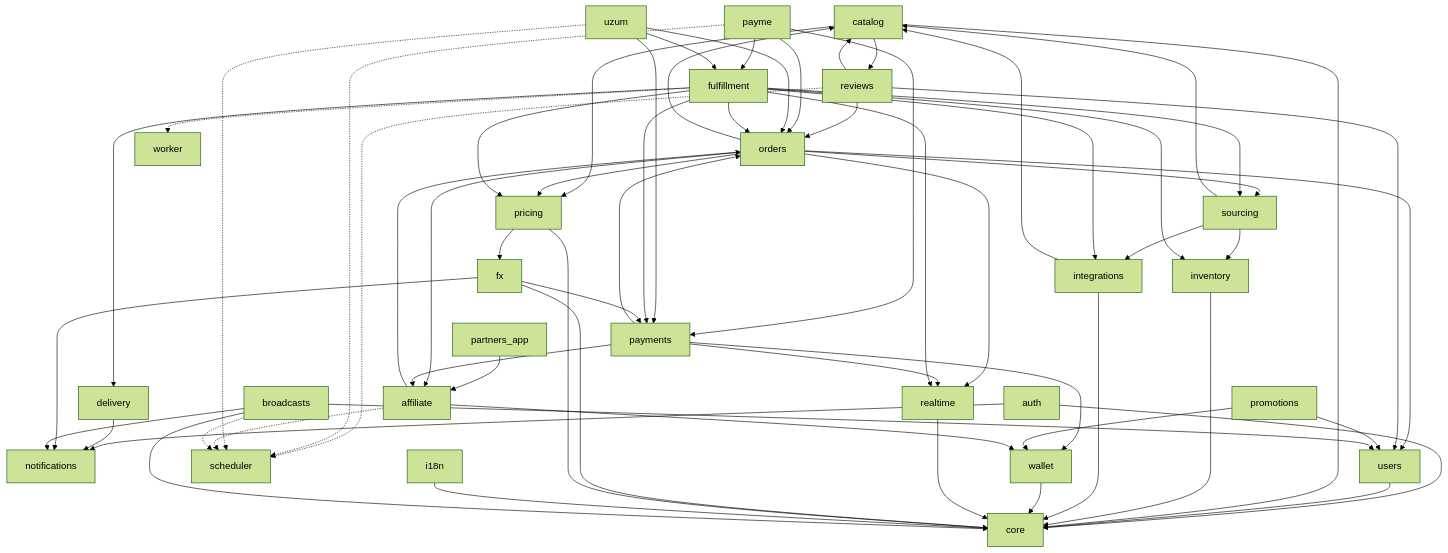
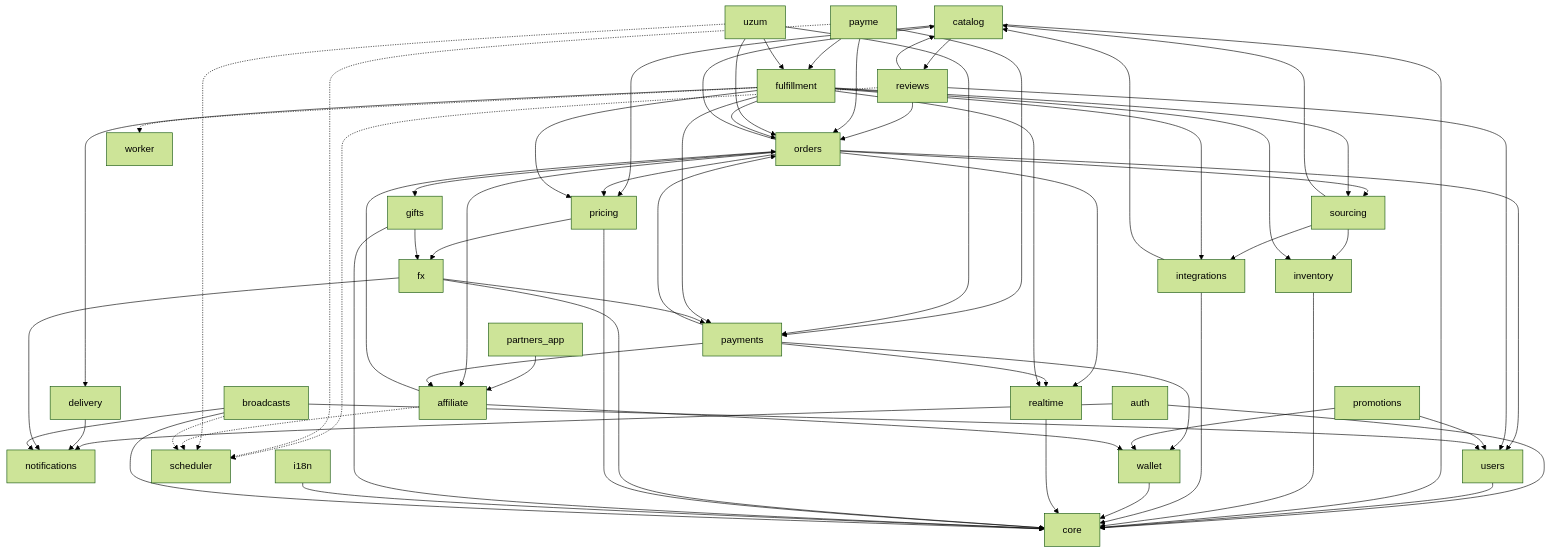
One commit to jamaomonov/yupay changed the diagram in docs/architecture/module-map.md. Above: the diagram before and after it, drawn with Mermaid (forest theme). The commit also changed other lines of this file and 8 other files, not shown here.

First line of the commit message:
docs(gifts): ADR-0066, module map, flows, runbook; regenerate openapi + ts client

````diff
--- a/docs/architecture/module-map.md
+++ b/docs/architecture/module-map.md
@@ -40,68 +41,71 @@
 ```mermaid
 flowchart TB
     auth --> core
     auth --> notifications
     users --> core
     catalog --> core
     inventory --> core
     integrations --> core
     integrations --> catalog
     sourcing --> catalog
     sourcing --> inventory
     sourcing --> integrations
     orders --> catalog
     orders --> users
     orders --> sourcing
     reviews --> catalog
     reviews --> orders
     reviews --> users
     catalog --> reviews
     reviews -.-> scheduler
     payments --> orders
     payments --> wallet
     payme --> payments
     payme --> orders
     payme --> fulfillment
     payme -.-> scheduler
     uzum --> payments
     uzum --> orders
     uzum --> fulfillment
     uzum -.-> scheduler
     click --> payments
     click --> orders
     click -.-> scheduler
     wallet --> core
     promotions --> wallet
     promotions --> users
     affiliate --> wallet
     affiliate --> orders
     affiliate -.-> scheduler
     partners_app --> affiliate
     orders --> affiliate
     payments --> affiliate
     fulfillment --> orders
     fulfillment --> payments
     fulfillment --> sourcing
     fulfillment --> inventory
     fulfillment --> integrations
     fulfillment --> delivery
     fulfillment -.-> worker
     delivery --> notifications
     orders --> realtime
     payments --> realtime
     fulfillment --> realtime
     realtime --> core
     fx --> core
     fx --> payments
     fx --> notifications
     pricing --> core
     pricing --> fx
     catalog --> pricing
     orders --> pricing
     fulfillment --> pricing
+    gifts --> core
+    gifts --> fx
+    orders --> gifts
     i18n --> core
     broadcasts --> core
     broadcasts --> users
     broadcasts --> notifications
     broadcasts -.-> scheduler
 ```
````
